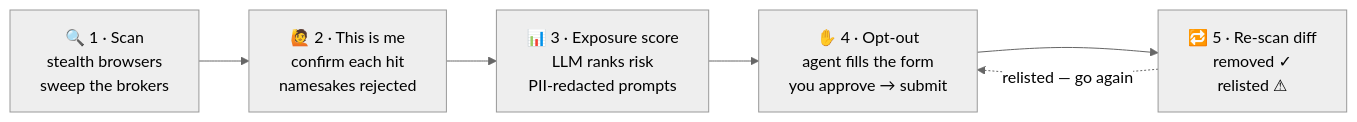
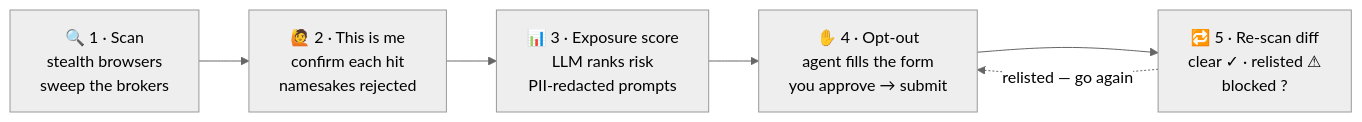
The diagram in README.md (EzraStone/privacy-janitor), drawn with Mermaid (neutral theme) before and after one commit. The commit also changed other lines of this file and 12 other files, not shown here.

````diff
--- a/README.md
+++ b/README.md
@@ -44,11 +44,11 @@
 ```mermaid
 flowchart LR
     A["🔍 1 · Scan<br/>stealth browsers<br/>sweep the brokers"]
     B["🙋 2 · This is me<br/>confirm each hit<br/>namesakes rejected"]
     C["📊 3 · Exposure score<br/>LLM ranks risk<br/>PII-redacted prompts"]
     D["✋ 4 · Opt-out<br/>agent fills the form<br/>you approve → submit"]
-    E["🔁 5 · Re-scan diff<br/>removed ✓<br/>relisted ⚠"]
+    E["🔁 5 · Re-scan diff<br/>clear ✓ · relisted ⚠<br/>blocked ?"]
 
     A --> B --> C --> D --> E
     E -. "relisted — go again" .-> D
 ```
````
